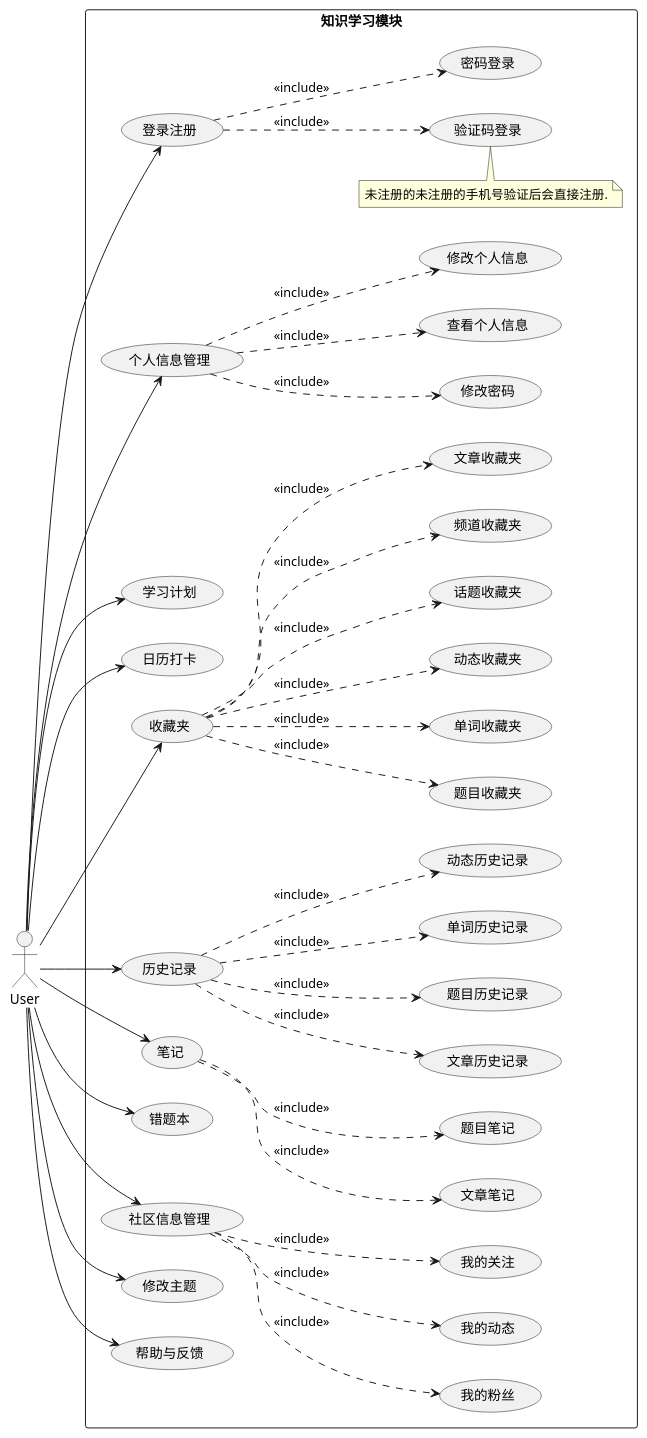
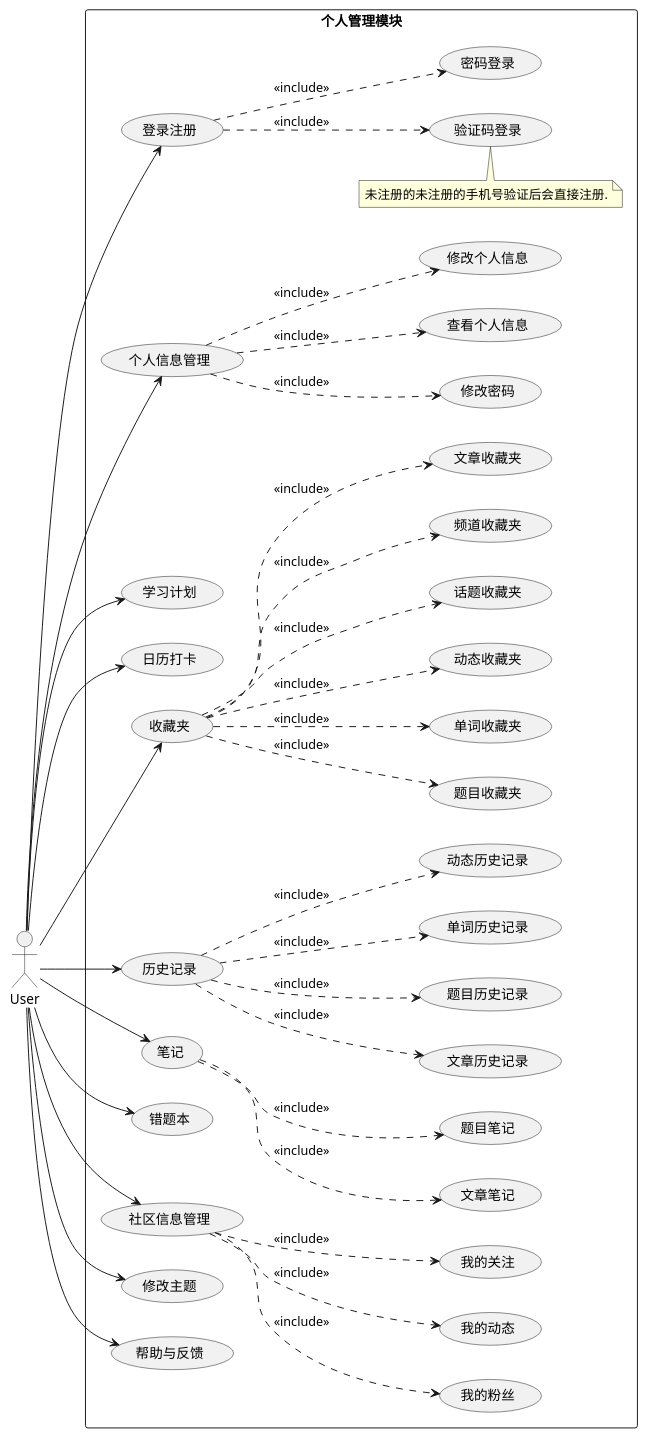
One commit to zhaoxiao698/ZhiYing-server changed the diagram in src/main/java/com/zhaoxiao/uml/user/mine.puml. Above: the diagram before and after it, drawn with PlantUML. The commit also changed 11 other files, not shown here.

```diff
--- a/src/main/java/com/zhaoxiao/uml/user/mine.puml
+++ b/src/main/java/com/zhaoxiao/uml/user/mine.puml
@@ -1,39 +1,39 @@
 @startuml
 left to right direction
 skinparam packageStyle rectangle
 actor User
-rectangle 知识学习模块 {
+rectangle 个人管理模块 {
   User --> (登录注册)
   (登录注册) ..> (验证码登录) : <<include>>
   note top of (验证码登录) : 未注册的未注册的手机号验证后会直接注册.
   (登录注册) ..> (密码登录) : <<include>>
   User --> (个人信息管理)
   (个人信息管理) ..> (查看个人信息) : <<include>>
   (个人信息管理) ..> (修改个人信息) : <<include>>
   (个人信息管理) ..> (修改密码) : <<include>>
   User --> (学习计划)
   User --> (日历打卡)
   User --> (收藏夹)
   (收藏夹) ..> (频道收藏夹) : <<include>>
   (收藏夹) ..> (文章收藏夹) : <<include>>
   (收藏夹) ..> (题目收藏夹) : <<include>>
   (收藏夹) ..> (单词收藏夹) : <<include>>
   (收藏夹) ..> (动态收藏夹) : <<include>>
   (收藏夹) ..> (话题收藏夹) : <<include>>
   User --> (历史记录)
   (历史记录) ..> (文章历史记录) : <<include>>
   (历史记录) ..> (题目历史记录) : <<include>>
   (历史记录) ..> (单词历史记录) : <<include>>
   (历史记录) ..> (动态历史记录) : <<include>>
   User --> (笔记)
   (笔记) ..> (文章笔记) : <<include>>
   (笔记) ..> (题目笔记) : <<include>>
   User --> (错题本)
   User --> (社区信息管理)
   (社区信息管理) ..> (我的动态) : <<include>>
   (社区信息管理) ..> (我的关注) : <<include>>
   (社区信息管理) ..> (我的粉丝) : <<include>>
   User --> (修改主题)
   User --> (帮助与反馈)
 }
 @enduml
```
